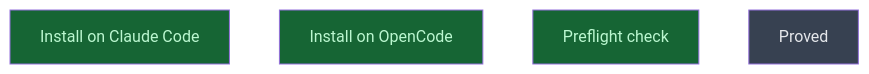
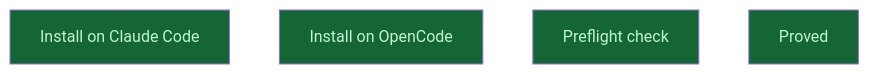
The diagram in __roadmap__/m6_5-agent-config/installed/README.md (CrackingShells/Candler), drawn with Mermaid before and after one commit. The commit also changed other lines of this file and 10 other files, not shown here.

````diff
--- a/__roadmap__/m6_5-agent-config/installed/README.md
+++ b/__roadmap__/m6_5-agent-config/installed/README.md
@@ -17,12 +17,12 @@
 ```mermaid
 graph TD
     install_claude_code[Install on Claude Code]:::done
     install_opencode[Install on OpenCode]:::done
     preflight_check[Preflight check]:::done
-    proved[Proved]:::planned
+    proved[Proved]:::done
     classDef done       fill:#166534,color:#bbf7d0
     classDef inprogress fill:#854d0e,color:#fef08a
     classDef planned    fill:#374151,color:#e5e7eb
     classDef amendment  fill:#1e3a5f,color:#bfdbfe
     classDef blocked    fill:#7f1d1d,color:#fecaca
 ```
````
